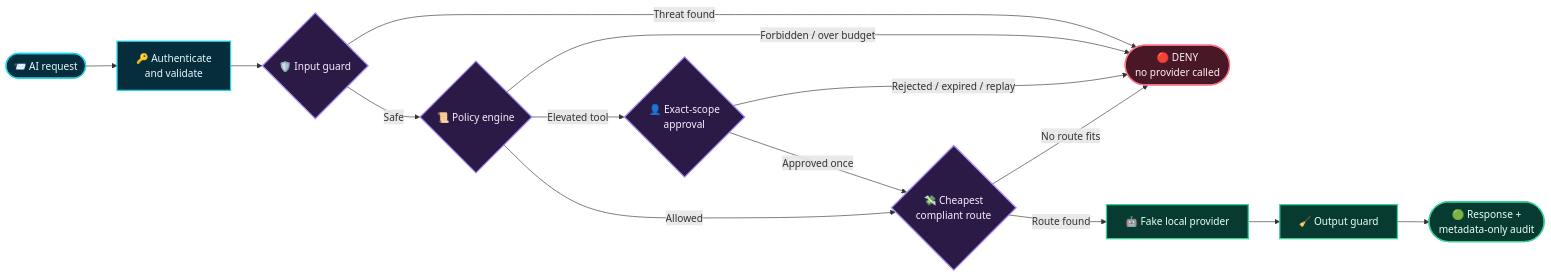
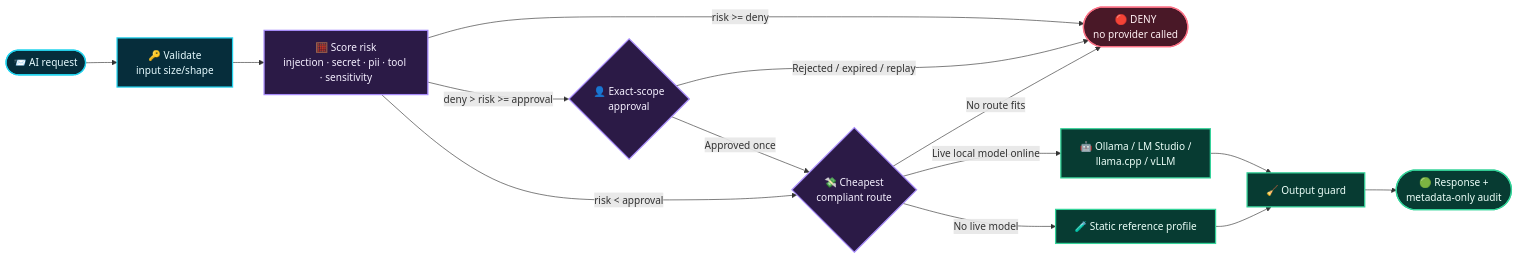
Before and after one commit to debster9755/sentinelforge: the third of 4 diagrams in README.md, drawn with Mermaid. The commit also changed other lines of this file, not shown here.

````diff
--- a/README.md
+++ b/README.md
@@ -62,25 +93,25 @@
 ```mermaid
 flowchart LR
-    A([📨 AI request]) --> B[🔑 Authenticate<br/>and validate]
-    B --> C{🛡️ Input guard}
-    C -- Threat found --> X([🔴 DENY<br/>no provider called])
-    C -- Safe --> D{📜 Policy engine}
-    D -- Forbidden / over budget --> X
-    D -- Elevated tool --> E{👤 Exact-scope<br/>approval}
+    A([📨 AI request]) --> B[🔑 Validate<br/>input size/shape]
+    B --> C[🧮 Score risk<br/>injection · secret · pii · tool · sensitivity]
+    C -- risk >= deny --> X([🔴 DENY<br/>no provider called])
+    C -- deny > risk >= approval --> E{👤 Exact-scope<br/>approval}
     E -- Rejected / expired / replay --> X
     E -- Approved once --> F
-    D -- Allowed --> F{💸 Cheapest<br/>compliant route}
+    C -- risk < approval --> F{💸 Cheapest<br/>compliant route}
     F -- No route fits --> X
-    F -- Route found --> G[🤖 Fake local provider]
-    G --> H[🧹 Output guard]
+    F -- Live local model online --> G1[🤖 Ollama / LM Studio /<br/>llama.cpp / vLLM]
+    F -- No live model --> G2[🧪 Static reference profile]
+    G1 --> H[🧹 Output guard]
+    G2 --> H
     H --> I([🟢 Response +<br/>metadata-only audit])
 
     classDef input fill:#062d3b,stroke:#22d3ee,color:#e6fbff,stroke-width:2px;
     classDef guard fill:#2b1a46,stroke:#a78bfa,color:#f5f0ff,stroke-width:2px;
     classDef danger fill:#491827,stroke:#fb7185,color:#fff0f3,stroke-width:2px;
     classDef success fill:#073b32,stroke:#34d399,color:#ecfff9,stroke-width:2px;
     class A,B input;
-    class C,D,E,F guard;
+    class C,E,F guard;
     class X danger;
-    class G,H,I success;
+    class G1,G2,H,I success;
 ```
````
